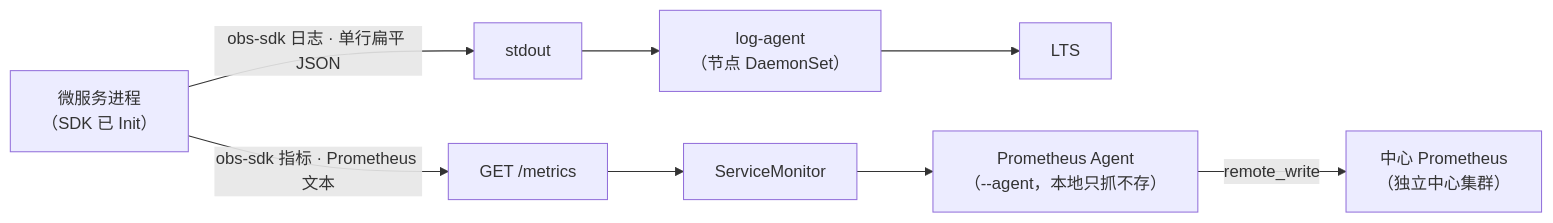
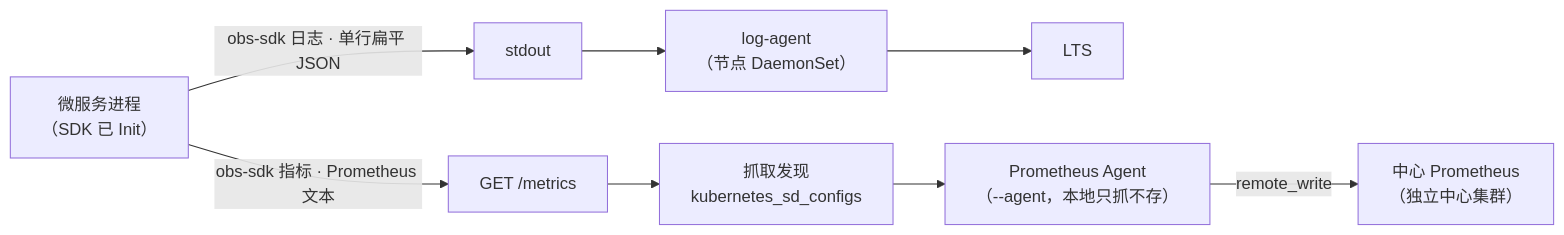
One commit to opensourceways/obs-sdk changed the fourth of 5 diagrams in docs/微服务可观测性建设技术设计.md. Above: the diagram before and after it, drawn with Mermaid. The commit also changed other lines of this file and 1 other file, not shown here.

````diff
--- a/docs/微服务可观测性建设技术设计.md
+++ b/docs/微服务可观测性建设技术设计.md
@@ -259,11 +259,11 @@
 ```mermaid
 flowchart LR
     APP["微服务进程<br/>（SDK 已 Init）"]
     APP -->|"obs-sdk 日志 · 单行扁平 JSON"| OUT["stdout"]
     APP -->|"obs-sdk 指标 · Prometheus 文本"| MET["GET /metrics"]
     OUT --> LA["log-agent<br/>（节点 DaemonSet）"]
     LA --> LTS["LTS"]
-    MET --> SM["ServiceMonitor"]
-    SM --> PROM["Prometheus Agent<br/>（--agent，本地只抓不存）"]
+    MET --> SD["抓取发现<br/>kubernetes_sd_configs"]
+    SD --> PROM["Prometheus Agent<br/>（--agent，本地只抓不存）"]
     PROM -->|"remote_write"| CTR["中心 Prometheus<br/>（独立中心集群）"]
 ```
````
